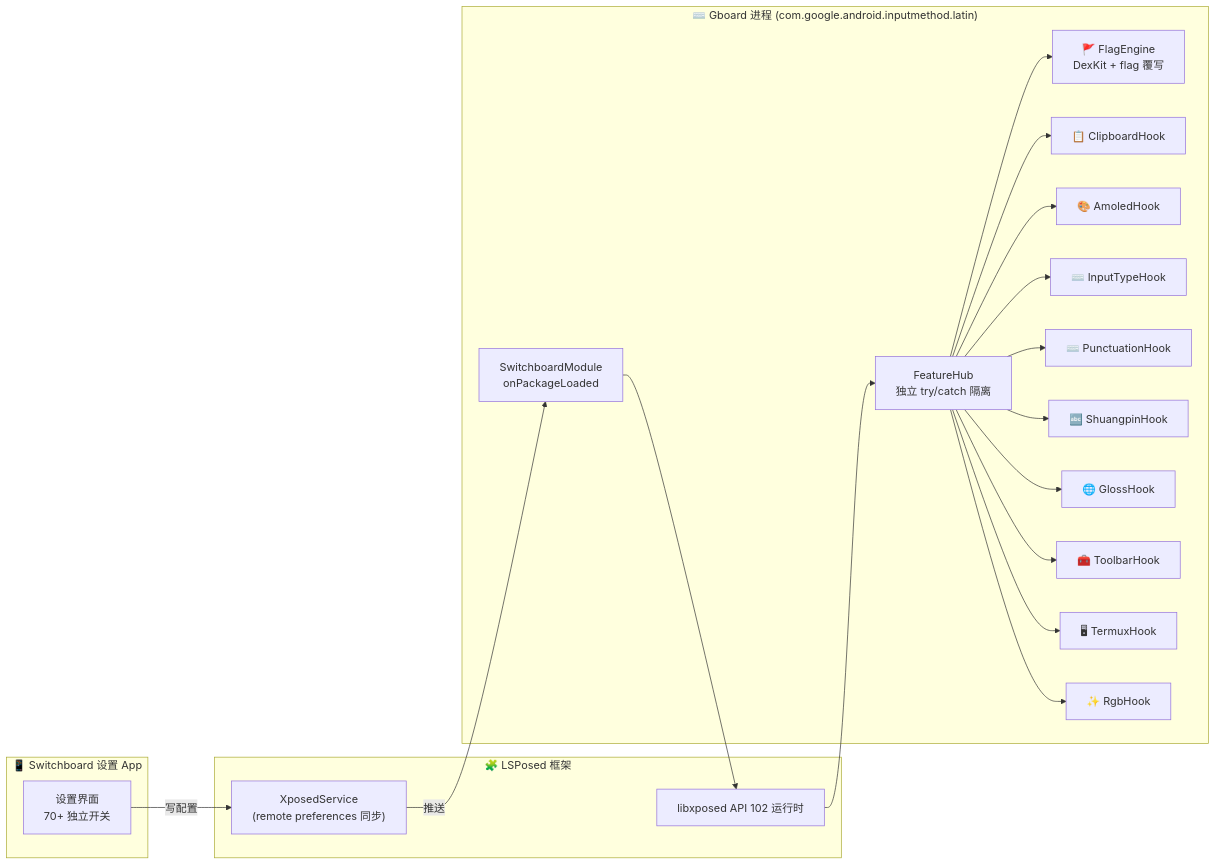
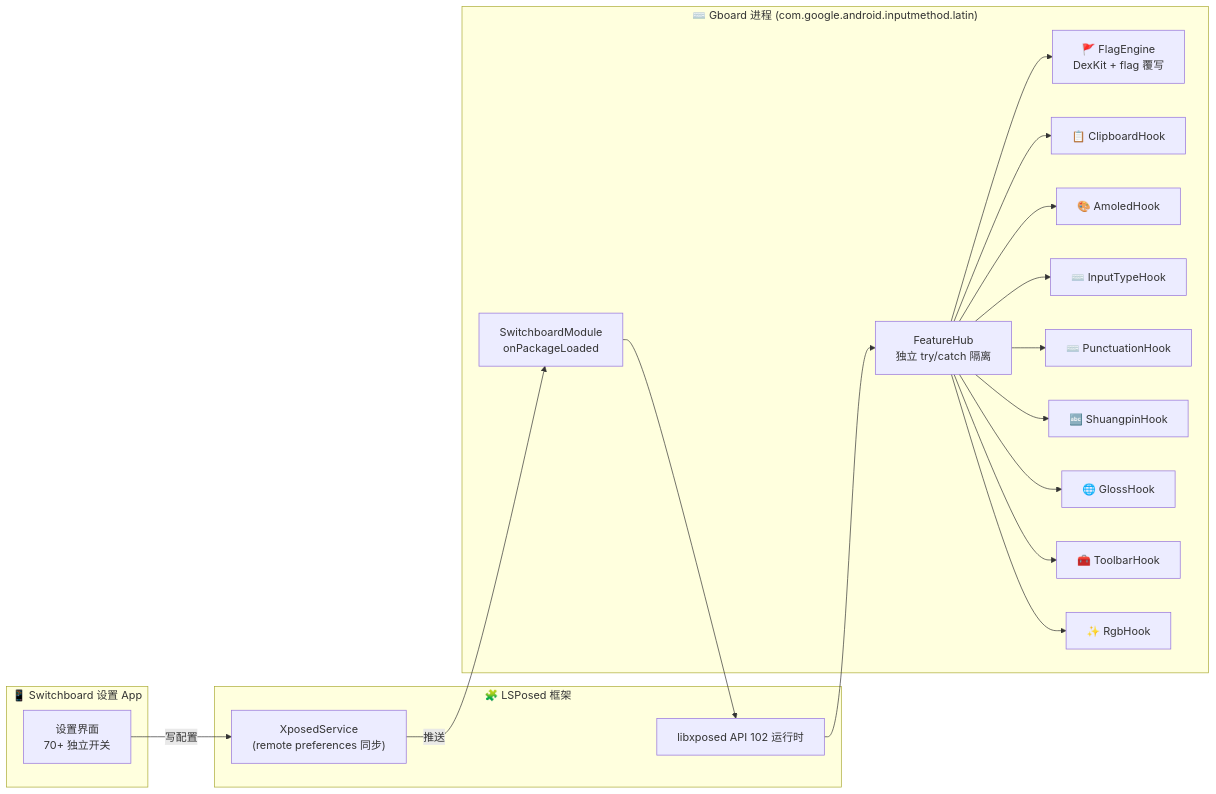
Before and after one commit to uuapi/switchboard: the diagram in README.md, drawn with Mermaid. The commit also changed other lines of this file and 11 other files, not shown here.

````diff
--- a/README.md
+++ b/README.md
@@ -73,31 +72,30 @@
 ```mermaid
 flowchart LR
     subgraph APP["📱 Switchboard 设置 App"]
         UI["设置界面<br/>70+ 独立开关"]
     end
 
     subgraph LP["🧩 LSPosed 框架"]
         SVC["XposedService<br/>(remote preferences 同步)"]
         RT["libxposed API 102 运行时"]
     end
 
     subgraph GB["⌨️ Gboard 进程 (com.google.android.inputmethod.latin)"]
         M["SwitchboardModule<br/>onPackageLoaded"]
         H["FeatureHub<br/>独立 try/catch 隔离"]
         F["🚩 FlagEngine<br/>DexKit + flag 覆写"]
         C["📋 ClipboardHook"]
         A["🎨 AmoledHook"]
         I["⌨️ InputTypeHook"]
         P["⌨️ PunctuationHook"]
         S["🔤 ShuangpinHook"]
         G["🌐 GlossHook"]
         T["🧰 ToolbarHook"]
-        X["🖥 TermuxHook"]
         R["✨ RgbHook"]
     end
 
     UI -->|"写配置"| SVC
     SVC -->|"推送"| M
     M --> RT --> H
-    H --> F & C & A & I & P & S & G & T & X & R
+    H --> F & C & A & I & P & S & G & T & R
 ```
````
